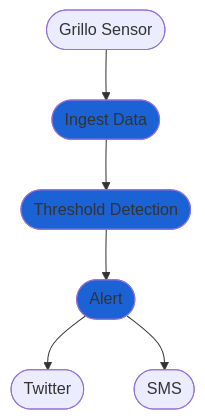
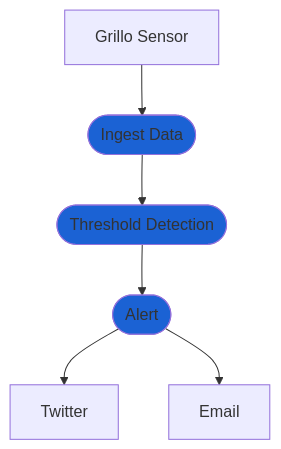
One commit to grillo/grillo-docs changed the diagram in docs/how-to/simple_structural_monotoring.md. Above: the diagram before and after it, drawn with Mermaid. The commit also changed 57 other files, not shown here.

````diff
--- a/docs/how-to/simple_structural_monotoring.md
+++ b/docs/how-to/simple_structural_monotoring.md
@@ -9,7 +9,7 @@
 ```mermaid
 flowchart TB
-   A([Grillo Sensor]) --> C([Ingest Data]) --> D([Threshold Detection]) --> E([Alert]) --> F([Twitter]) & G([SMS])
+   A[Grillo Sensor] --> C([Ingest Data]) --> D([Threshold Detection]) --> E([Alert]) --> F[Twitter] & G[Email]
    style C fill:#1b62d4
    style D fill:#1b62d4
    style E fill:#1b62d4
 ```
````
